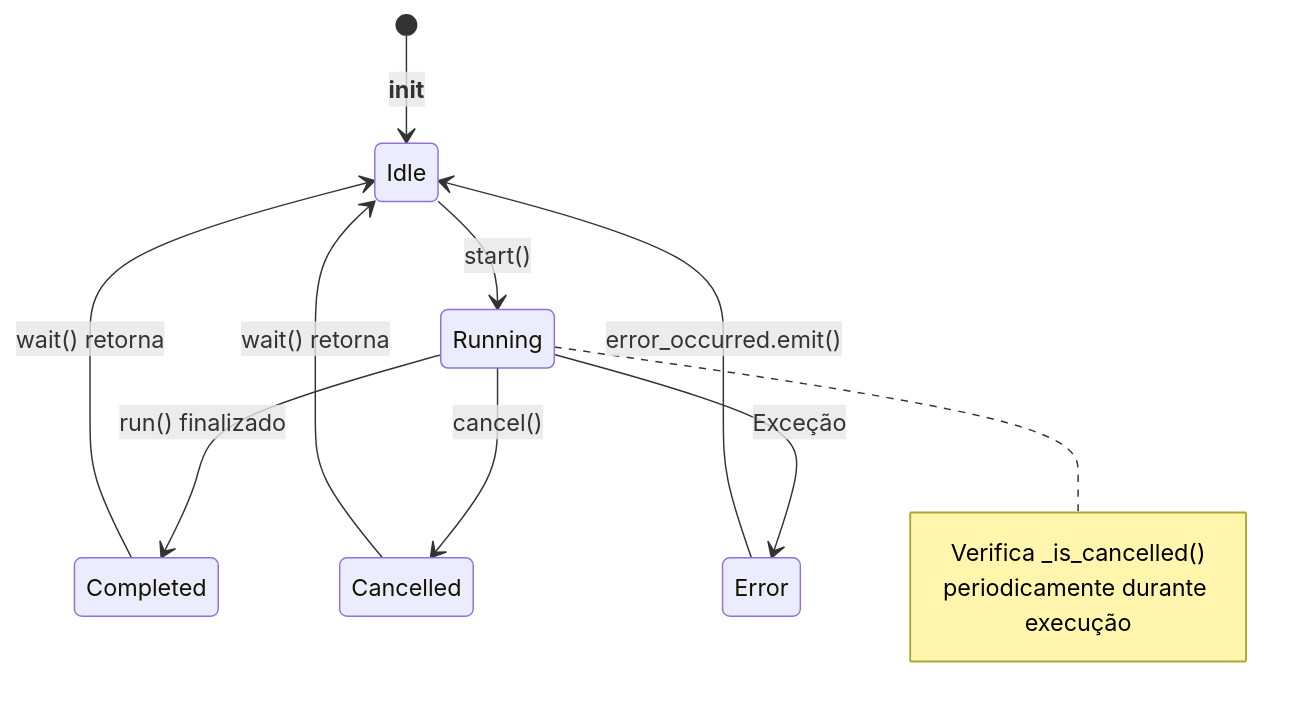
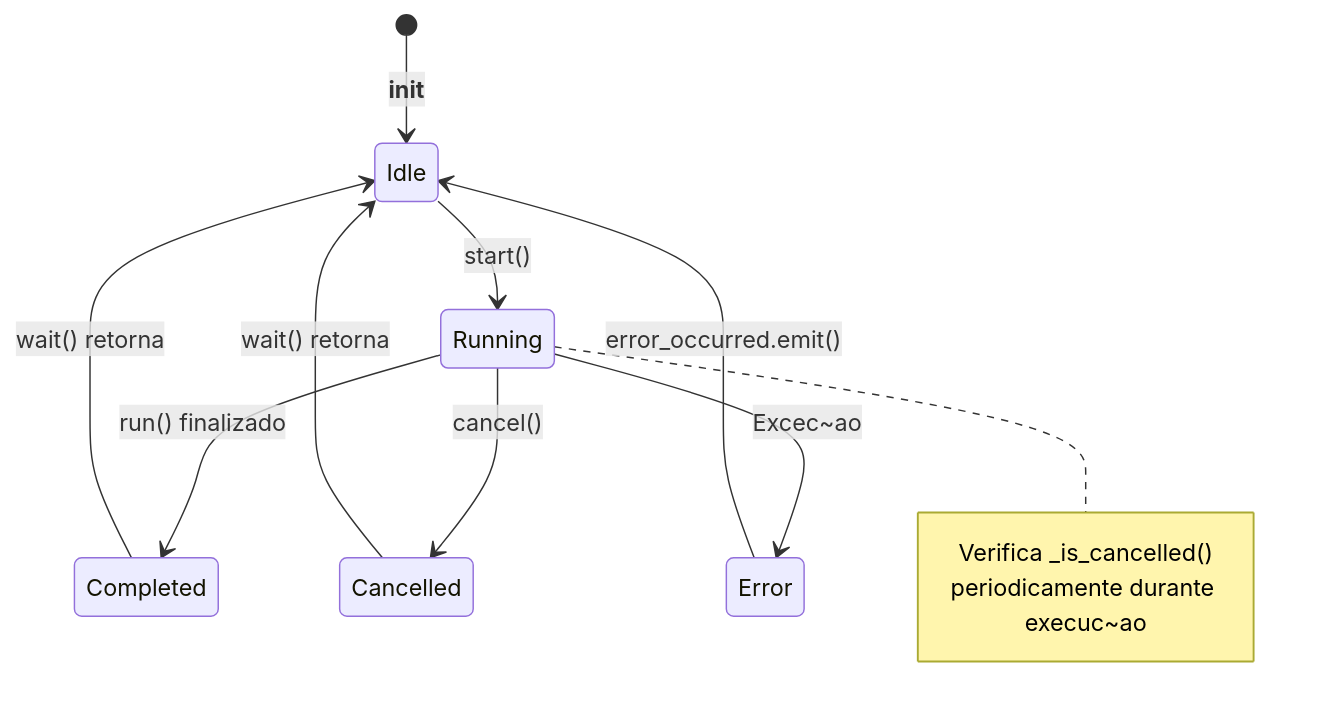
The fifth of 11 diagrams in docs/WORKERS_ARCHITECTURE_DIAGRAMS.md (mauriciomenon/SSA_Consulta_Rapida), drawn with Mermaid before and after one commit. The commit also changed other lines of this file and 20 other files, not shown here.

````diff
--- a/docs/WORKERS_ARCHITECTURE_DIAGRAMS.md
+++ b/docs/WORKERS_ARCHITECTURE_DIAGRAMS.md
@@ -152,16 +152,16 @@
 ```mermaid
 stateDiagram-v2
     [*] --> Idle: __init__
     Idle --> Running: start()
     Running --> Completed: run() finalizado
     Running --> Cancelled: cancel()
-    Running --> Error: Exceção
+    Running --> Error: Excec~ao
     Completed --> Idle: wait() retorna
     Cancelled --> Idle: wait() retorna
     Error --> Idle: error_occurred.emit()
     
     note right of Running
         Verifica _is_cancelled()
-        periodicamente durante execução
+        periodicamente durante execuc~ao
     end note
 ```
````
